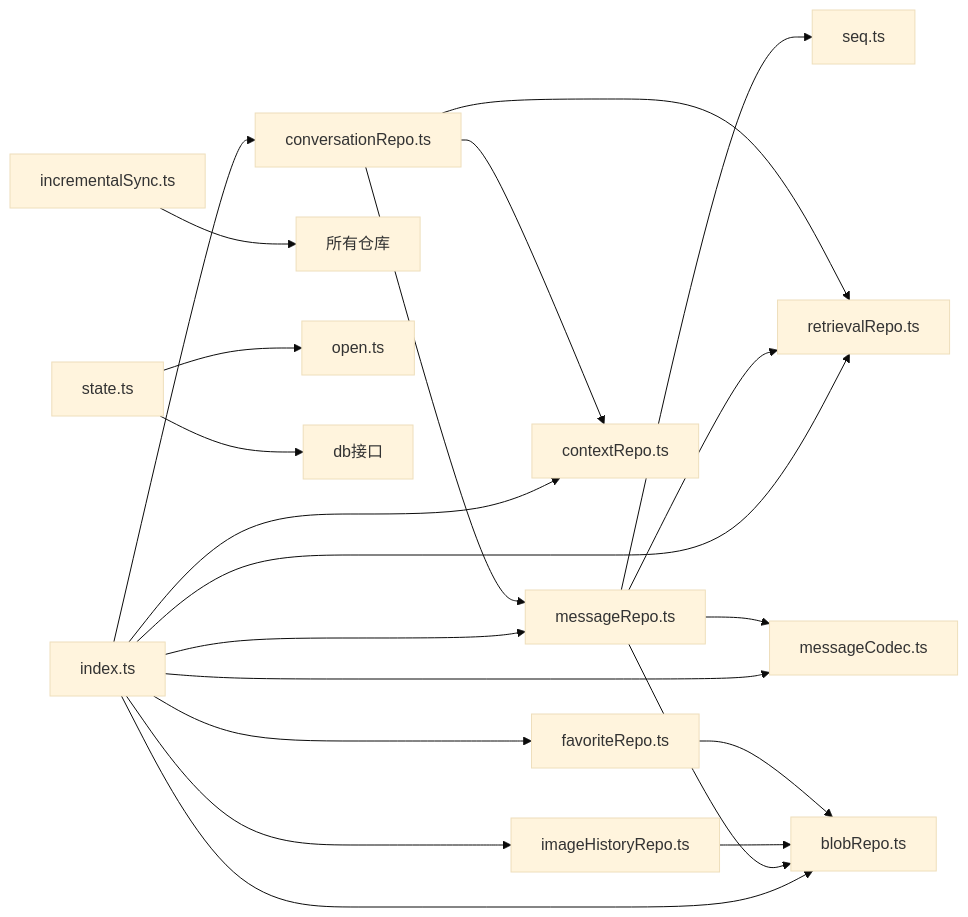
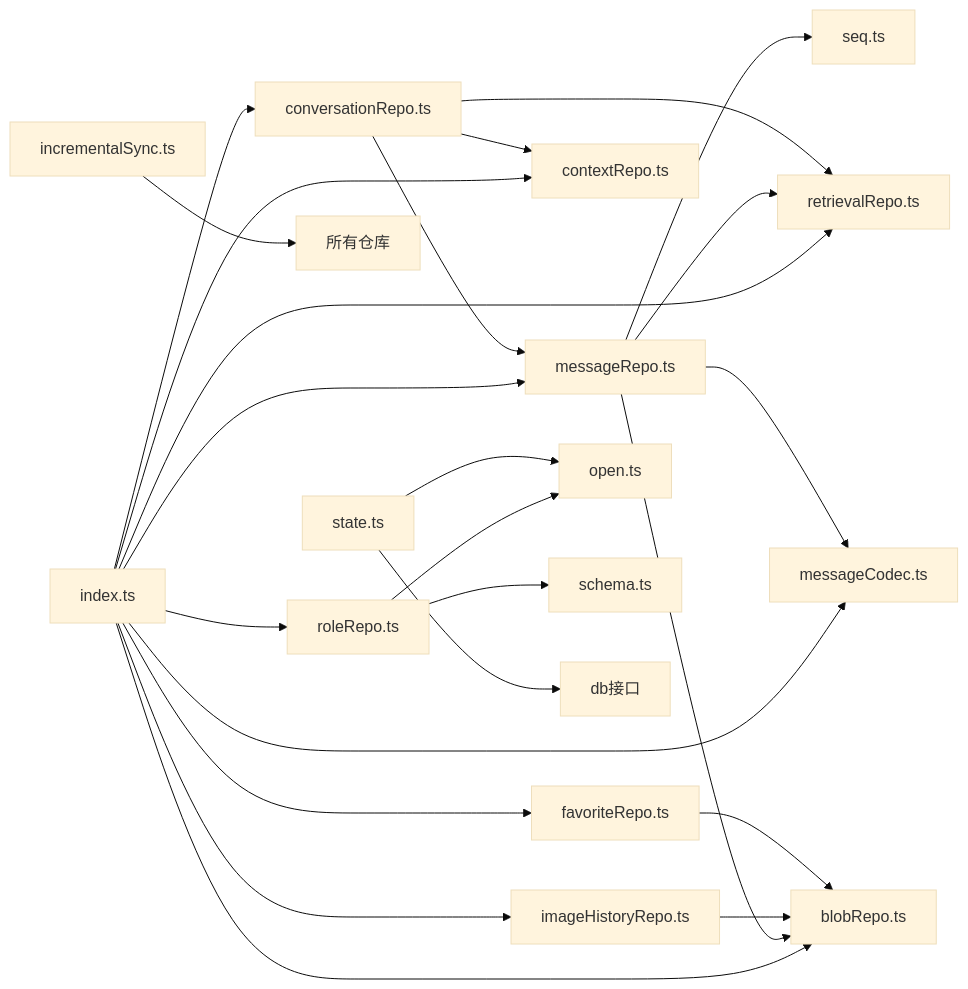
One commit to billye220670/AIShop changed diagram 11 of 12 in .qoder/repowiki/zh/content/数据持久化/数据库层/数据库层.md. Above: the diagram before and after it, drawn with Mermaid (base theme). The commit also changed other lines of this file and 32 other files, not shown here.

````diff
--- a/.qoder/repowiki/zh/content/数据持久化/数据库层/数据库层.md
+++ b/.qoder/repowiki/zh/content/数据持久化/数据库层/数据库层.md
@@ -425,23 +463,26 @@
 ```mermaid
 graph LR
 Index["index.ts"] --> Conv["conversationRepo.ts"]
 Index --> Msg["messageRepo.ts"]
 Index --> Ctx["contextRepo.ts"]
 Index --> Ret["retrievalRepo.ts"]
 Index --> Blob["blobRepo.ts"]
 Index --> Img["imageHistoryRepo.ts"]
 Index --> Fav["favoriteRepo.ts"]
+Index --> Role["roleRepo.ts"]
 Index --> Codec["messageCodec.ts"]
 Msg --> Seq["seq.ts"]
 Msg --> Codec
 Msg --> Blob
 Msg --> Ret
 Conv --> Msg
 Conv --> Ctx
 Conv --> Ret
 Img --> Blob
 Fav --> Blob
+Role --> Open["open.ts"]
+Role --> Schema["schema.ts"]
 Sync["incrementalSync.ts"] --> All["所有仓库"]
 State["state.ts"] --> Open["open.ts"]
 State --> Db["db接口"]
 ```
````
